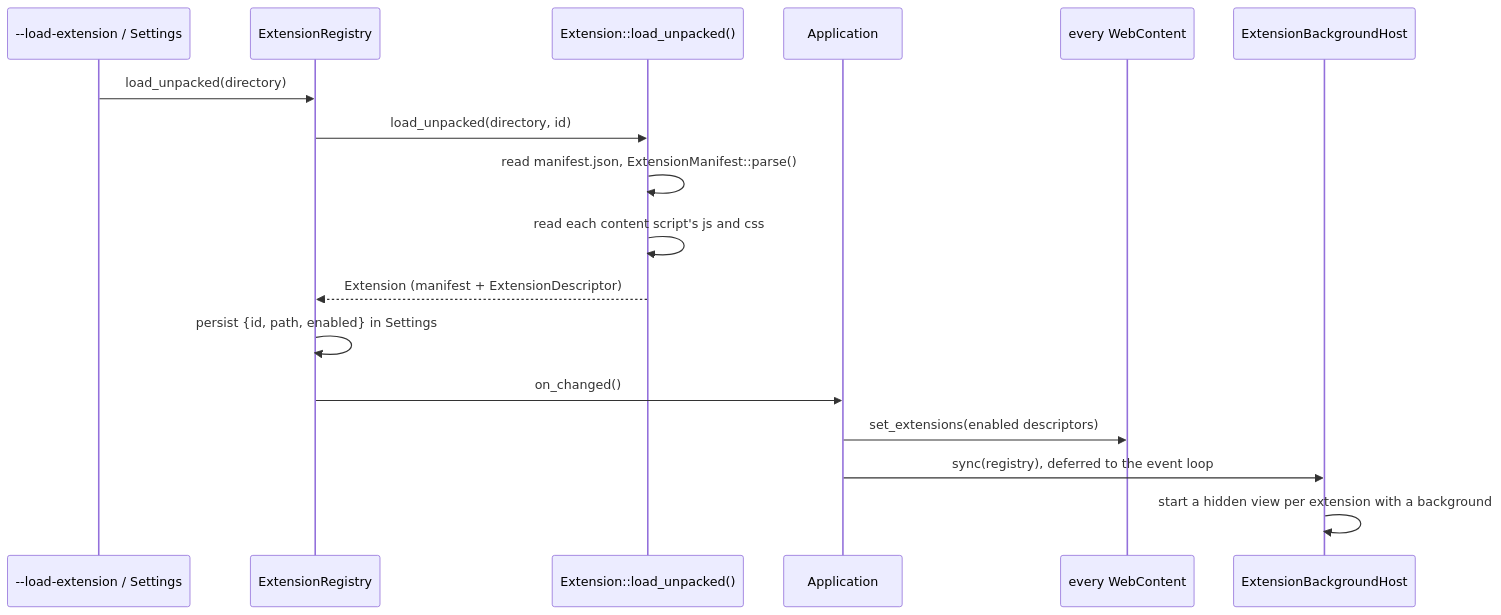
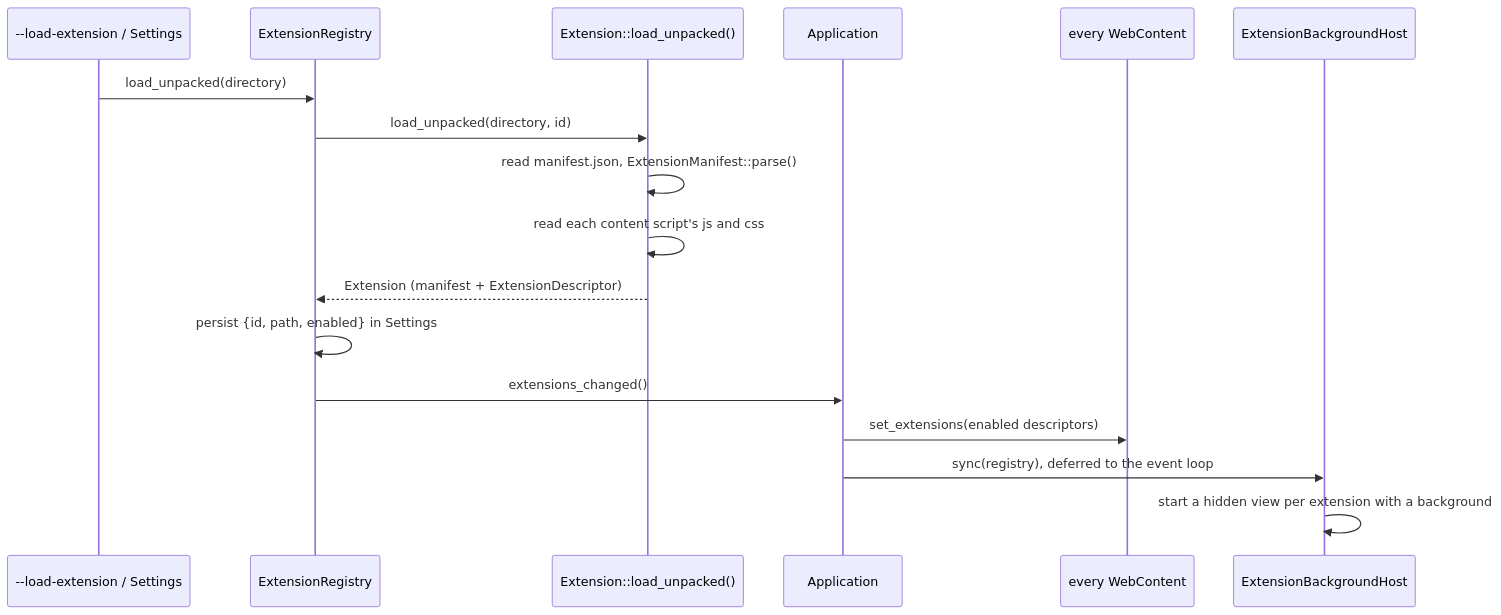
Before and after one commit to sideshowbarker/ladybird: the second of 5 diagrams in Documentation/ExtensionsSupport.md, drawn with Mermaid. The commit also changed other lines of this file and 15 other files, not shown here.

````diff
--- a/Documentation/ExtensionsSupport.md
+++ b/Documentation/ExtensionsSupport.md
@@ -205,20 +209,20 @@
 ```mermaid
 sequenceDiagram
     participant CLI as --load-extension / Settings
     participant Registry as ExtensionRegistry
     participant Ext as Extension::load_unpacked()
     participant App as Application
     participant WC as every WebContent
     participant Host as ExtensionBackgroundHost
 
     CLI->>Registry: load_unpacked(directory)
     Registry->>Ext: load_unpacked(directory, id)
     Ext->>Ext: read manifest.json, ExtensionManifest::parse()
     Ext->>Ext: read each content script's js and css
     Ext-->>Registry: Extension (manifest + ExtensionDescriptor)
     Registry->>Registry: persist {id, path, enabled} in Settings
-    Registry->>App: on_changed()
+    Registry->>App: extensions_changed()
     App->>WC: set_extensions(enabled descriptors)
     App->>Host: sync(registry), deferred to the event loop
     Host->>Host: start a hidden view per extension with a background
 ```
````
